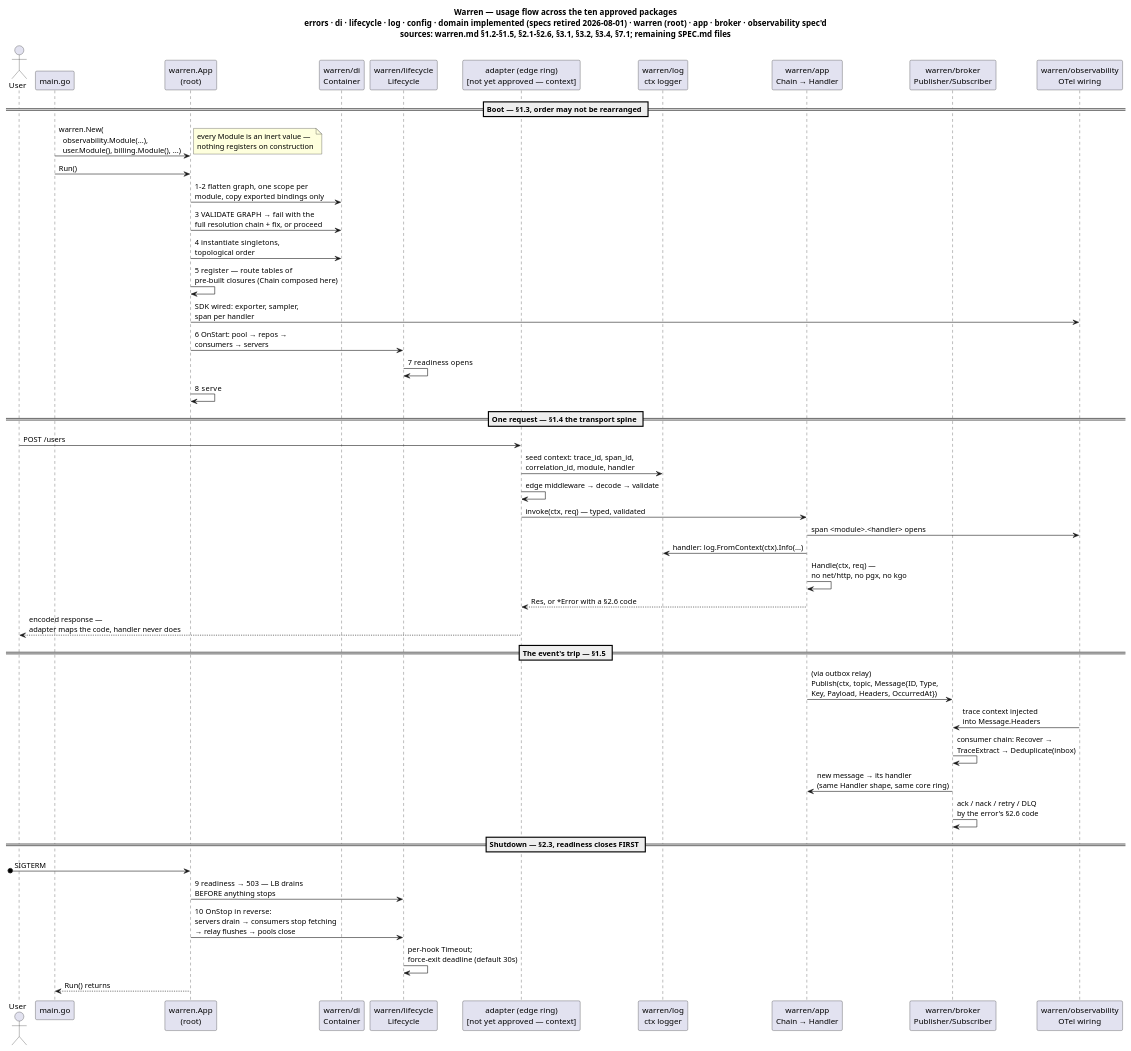
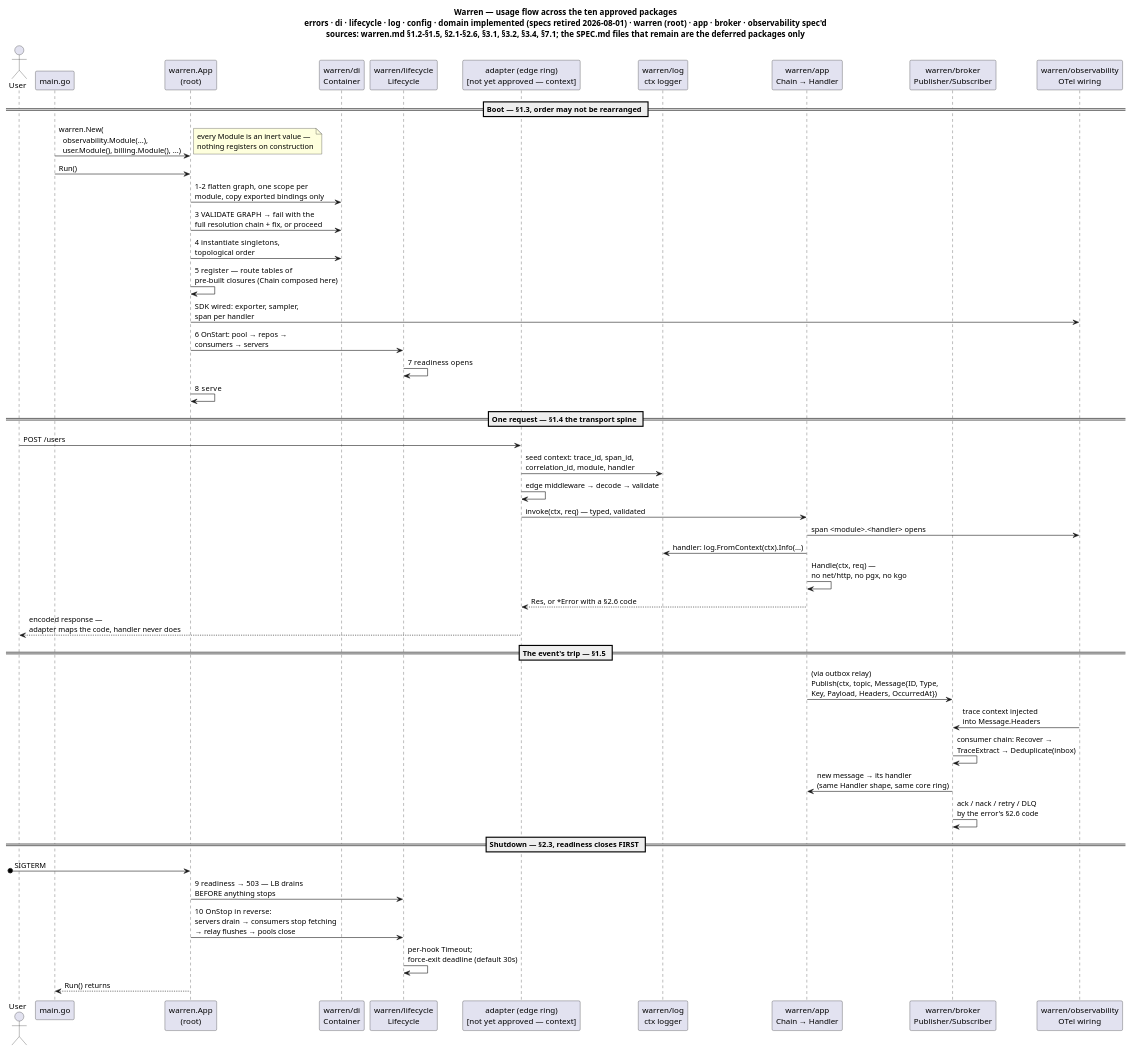
One commit to MerseniBilel/warren changed the diagram in docs/assets/approved-usage.puml. Above: the diagram before and after it, drawn with PlantUML. The commit also changed 28 other files, not shown here.

```diff
--- a/docs/assets/approved-usage.puml
+++ b/docs/assets/approved-usage.puml
@@ -1,52 +1,52 @@
 @startuml approved-usage
-title Warren — usage flow across the ten approved packages\nerrors · di · lifecycle · log · config · domain implemented (specs retired 2026-08-01) · warren (root) · app · broker · observability spec'd\nsources: warren.md §1.2–§1.5, §2.1–§2.6, §3.1, §3.2, §3.4, §7.1; remaining SPEC.md files
+title Warren — usage flow across the ten approved packages\nerrors · di · lifecycle · log · config · domain implemented (specs retired 2026-08-01) · warren (root) · app · broker · observability spec'd\nsources: warren.md §1.2–§1.5, §2.1–§2.6, §3.1, §3.2, §3.4, §7.1; the SPEC.md files that remain are the deferred packages only
 
 actor User
 participant "main.go" as main
 participant "warren.App\n(root)" as app
 participant "warren/di\nContainer" as di
 participant "warren/lifecycle\nLifecycle" as lc
 participant "adapter (edge ring)\n[not yet approved — context]" as edge
 participant "warren/log\nctx logger" as log
 participant "warren/app\nChain → Handler" as chain
 participant "warren/broker\nPublisher/Subscriber" as broker
 participant "warren/observability\nOTel wiring" as obs
 
 == Boot — §1.3, order may not be rearranged ==
 main -> app : warren.New(\n  observability.Module(...),\n  user.Module(), billing.Module(), ...)
 note right : every Module is an inert value —\nnothing registers on construction
 main -> app : Run()
 app -> di : 1–2  flatten graph, one scope per\nmodule, copy exported bindings only
 app -> di : 3  VALIDATE GRAPH → fail with the\nfull resolution chain + fix, or proceed
 app -> di : 4  instantiate singletons,\ntopological order
 app -> app : 5  register — route tables of\npre-built closures (Chain composed here)
 app -> obs : SDK wired: exporter, sampler,\nspan per handler
 app -> lc : 6  OnStart: pool → repos →\nconsumers → servers
 lc -> lc : 7  readiness opens
 app -> app : 8  serve
 
 == One request — §1.4 the transport spine ==
 User -> edge : POST /users
 edge -> log : seed context: trace_id, span_id,\ncorrelation_id, module, handler
 edge -> edge : edge middleware → decode → validate
 edge -> chain : invoke(ctx, req) — typed, validated
 chain -> obs : span <module>.<handler> opens
 chain -> log : handler: log.FromContext(ctx).Info(...)
 chain -> chain : Handle(ctx, req) —\nno net/http, no pgx, no kgo
 chain --> edge : Res, or *Error with a §2.6 code
 edge --> User : encoded response —\nadapter maps the code, handler never does
 
 == The event's trip — §1.5 ==
 chain -> broker : (via outbox relay)\nPublish(ctx, topic, Message{ID, Type,\nKey, Payload, Headers, OccurredAt})
 obs -> broker : trace context injected\ninto Message.Headers
 broker -> broker : consumer chain: Recover →\nTraceExtract → Deduplicate(inbox)
 broker -> chain : new message → its handler\n(same Handler shape, same core ring)
 broker -> broker : ack / nack / retry / DLQ\nby the error's §2.6 code
 
 == Shutdown — §2.3, readiness closes FIRST ==
 [o-> app : SIGTERM
 app -> lc : 9  readiness → 503 — LB drains\nBEFORE anything stops
 app -> lc : 10  OnStop in reverse:\nservers drain → consumers stop fetching\n→ relay flushes → pools close
 lc -> lc : per-hook Timeout;\nforce-exit deadline (default 30s)
 app --> main : Run() returns
 @enduml
```
